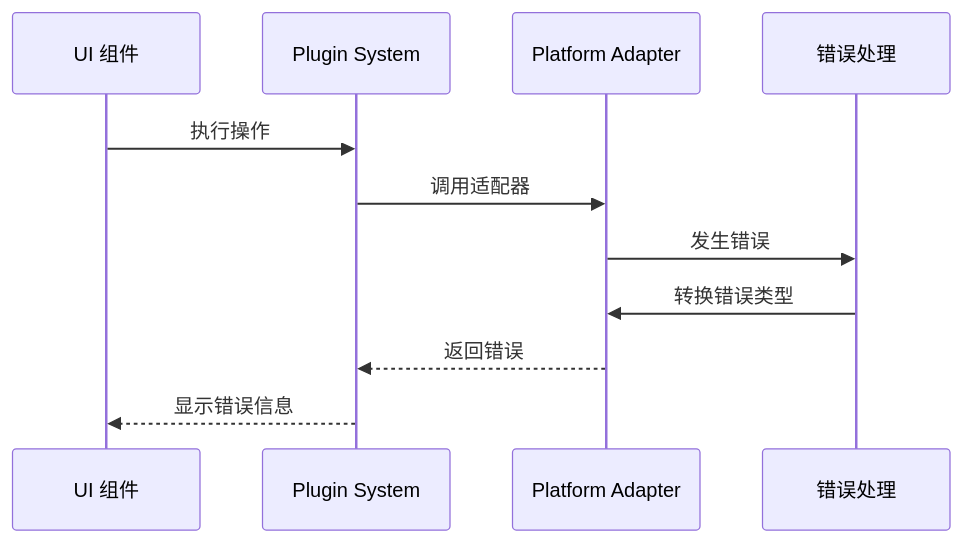
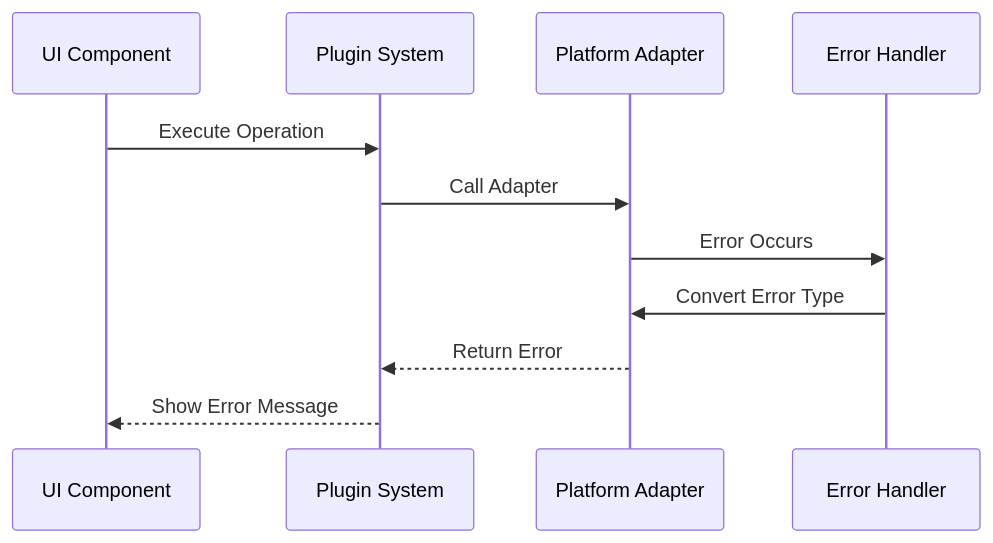
One commit to terwer/siyuan-plugin-publisher changed the sixth of 7 diagrams in DEVELOPMENT.md. Above: the diagram before and after it, drawn with Mermaid. The commit also changed other lines of this file and 1 other file, not shown here.

First line of the commit message:
docs(DEVELOPMENT): update plugin system architecture and development guidelines

````diff
--- a/DEVELOPMENT.md
+++ b/DEVELOPMENT.md
@@ -533,14 +217,14 @@
 ```mermaid
 sequenceDiagram
-    participant UI as UI 组件
+    participant UI as UI Component
     participant PS as Plugin System
     participant PA as Platform Adapter
-    participant Error as 错误处理
+    participant Error as Error Handler
 
-    UI->>PS: 执行操作
-    PS->>PA: 调用适配器
-    PA->>Error: 发生错误
-    Error->>PA: 转换错误类型
-    PA-->>PS: 返回错误
-    PS-->>UI: 显示错误信息
+    UI->>PS: Execute Operation
+    PS->>PA: Call Adapter
+    PA->>Error: Error Occurs
+    Error->>PA: Convert Error Type
+    PA-->>PS: Return Error
+    PS-->>UI: Show Error Message
 ```
````
